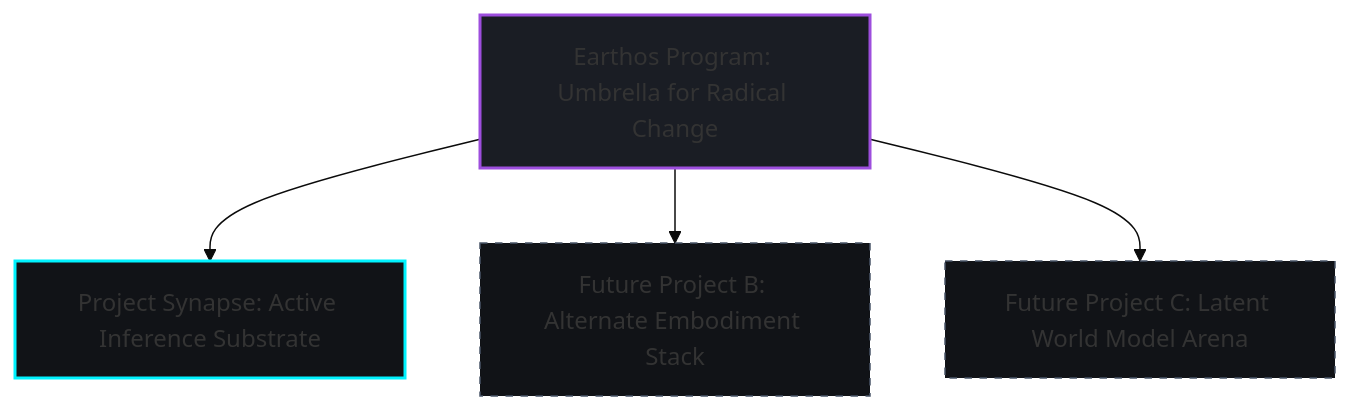
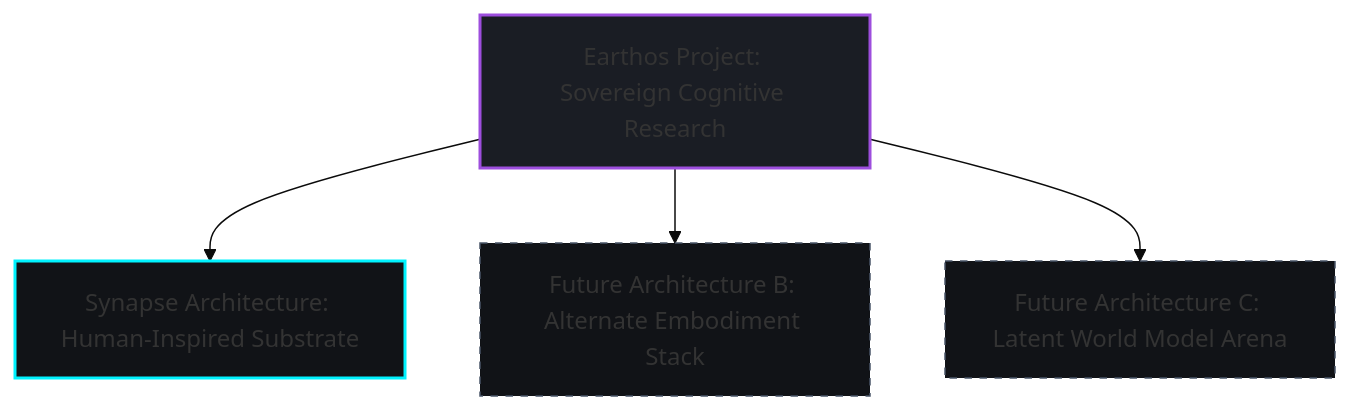
The diagram in docs/research_philosophy.md (rk-roshan-kr/Earthos-public), drawn with Mermaid (base theme) before and after one commit. The commit also changed other lines of this file and 11 other files, not shown here.

````diff
--- a/docs/research_philosophy.md
+++ b/docs/research_philosophy.md
@@ -5,11 +7,11 @@
 ```mermaid
 graph TD
-    A[Earthos Program: Umbrella for Radical Change] --> B[Project Synapse: Active Inference Substrate]
-    A --> C[Future Project B: Alternate Embodiment Stack]
-    A --> D[Future Project C: Latent World Model Arena]
+    A[Earthos Project: Sovereign Cognitive Research] --> B[Synapse Architecture: Human-Inspired Substrate]
+    A --> C[Future Architecture B: Alternate Embodiment Stack]
+    A --> D[Future Architecture C: Latent World Model Arena]
     
     style A fill:#1a1d24,stroke:#9d4edd,stroke-width:2px;
     style B fill:#111317,stroke:#00f2fe,stroke-width:2px;
     style C fill:#111317,stroke:#4a5568,stroke-width:1px,stroke-dasharray: 5 5;
     style D fill:#111317,stroke:#4a5568,stroke-width:1px,stroke-dasharray: 5 5;
 ```
````
